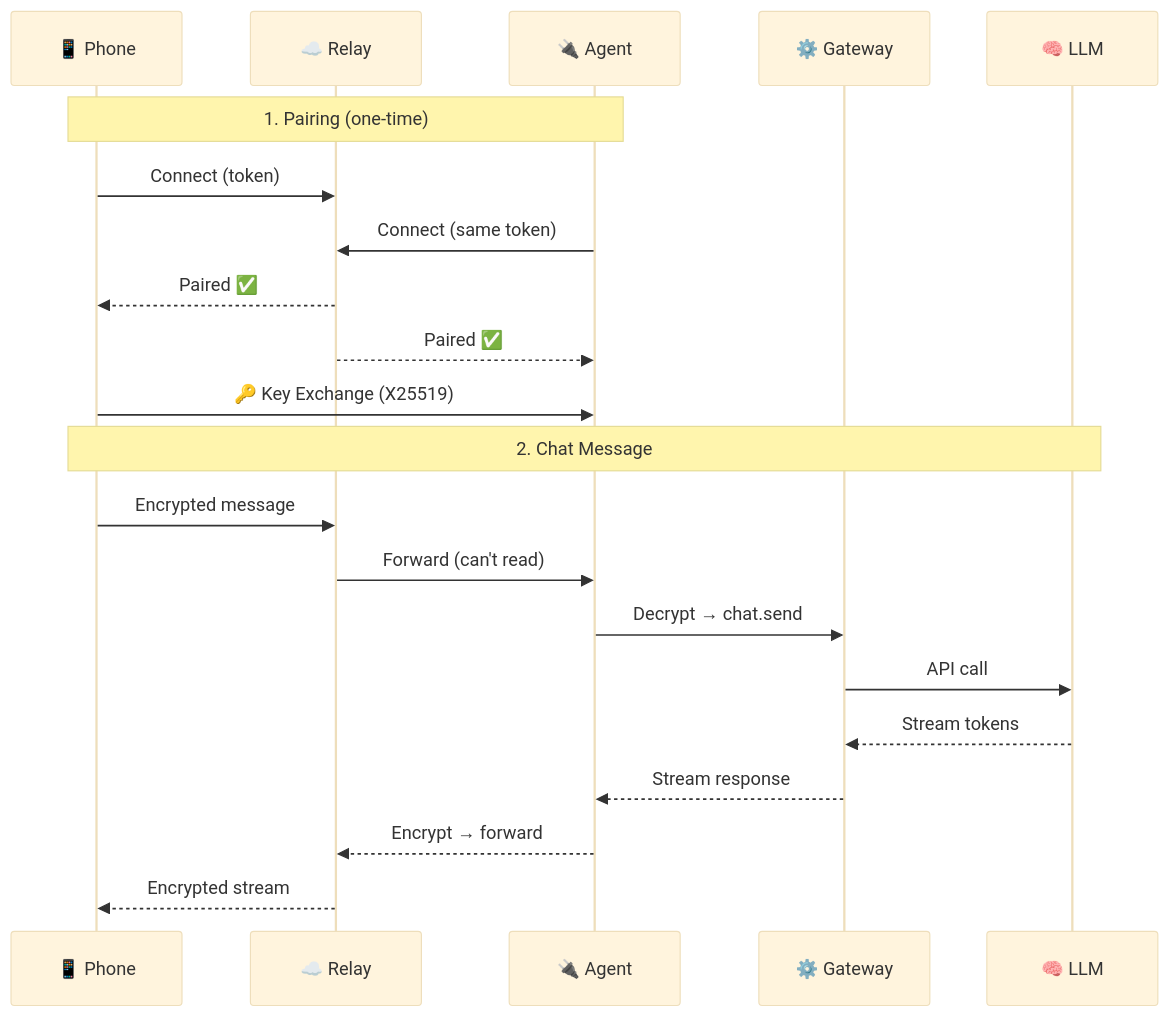
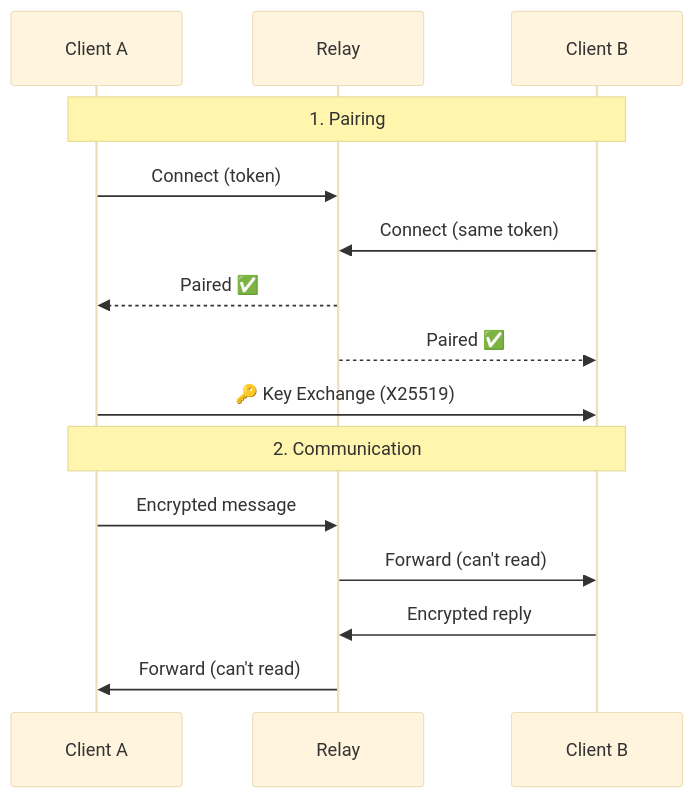
Before and after one commit to coralmux/relay: the second of 2 diagrams in README.md, drawn with Mermaid (base theme). The commit also changed other lines of this file, not shown here.

````diff
--- a/README.md
+++ b/README.md
@@ -100,25 +73,19 @@
 ```mermaid
 sequenceDiagram
-    participant P as 📱 Phone
-    participant R as ☁️ Relay
-    participant A as 🔌 Agent
-    participant G as ⚙️ Gateway
-    participant L as 🧠 LLM
+    participant A as Client A
+    participant R as Relay
+    participant B as Client B
 
-    Note over P,A: 1. Pairing (one-time)
-    P->>R: Connect (token)
-    A->>R: Connect (same token)
-    R-->>P: Paired ✅
+    Note over A,B: 1. Pairing
+    A->>R: Connect (token)
+    B->>R: Connect (same token)
     R-->>A: Paired ✅
-    P->>A: 🔑 Key Exchange (X25519)
+    R-->>B: Paired ✅
+    A->>B: 🔑 Key Exchange (X25519)
 
-    Note over P,L: 2. Chat Message
-    P->>R: Encrypted message
+    Note over A,B: 2. Communication
+    A->>R: Encrypted message
+    R->>B: Forward (can't read)
+    B->>R: Encrypted reply
     R->>A: Forward (can't read)
-    A->>G: Decrypt → chat.send
-    G->>L: API call
-    L-->>G: Stream tokens
-    G-->>A: Stream response
-    A-->>R: Encrypt → forward
-    R-->>P: Encrypted stream
 ```
````
